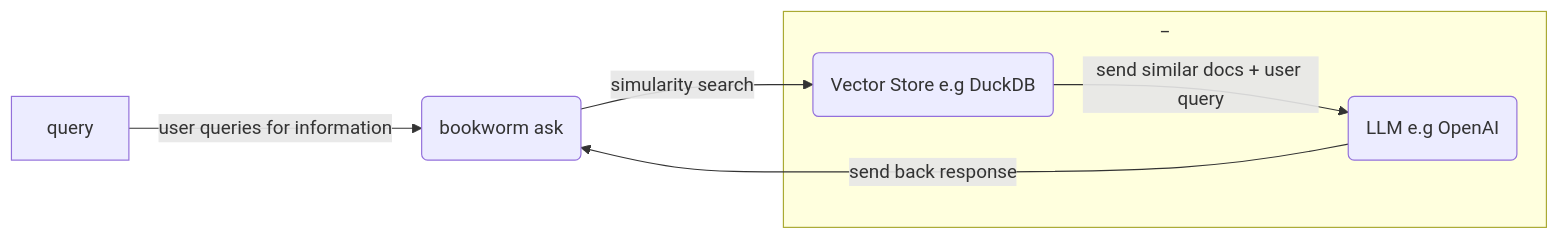
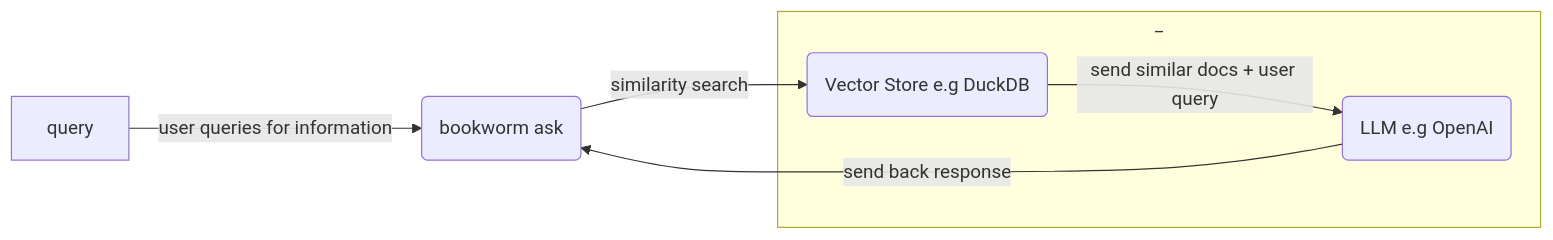
The second of 3 diagrams in README.md (kiran94/bookworm), drawn with Mermaid before and after one commit. The commit also changed other lines of this file and 5 other files, not shown here.

````diff
--- a/README.md
+++ b/README.md
@@ -108,16 +104,16 @@
 ```mermaid
 graph LR
 
 query
 Bookworm(bookworm ask)
 
 subgraph _
     LLM(LLM e.g OpenAI)
     VectorStore(Vector Store e.g DuckDB)
 end
 
 query -->|user queries for information|Bookworm
 
-Bookworm -->|simularity search|VectorStore -->|send similar docs + user query|LLM
+Bookworm -->|similarity search|VectorStore -->|send similar docs + user query|LLM
 LLM -->|send back response|Bookworm
 ```
````
